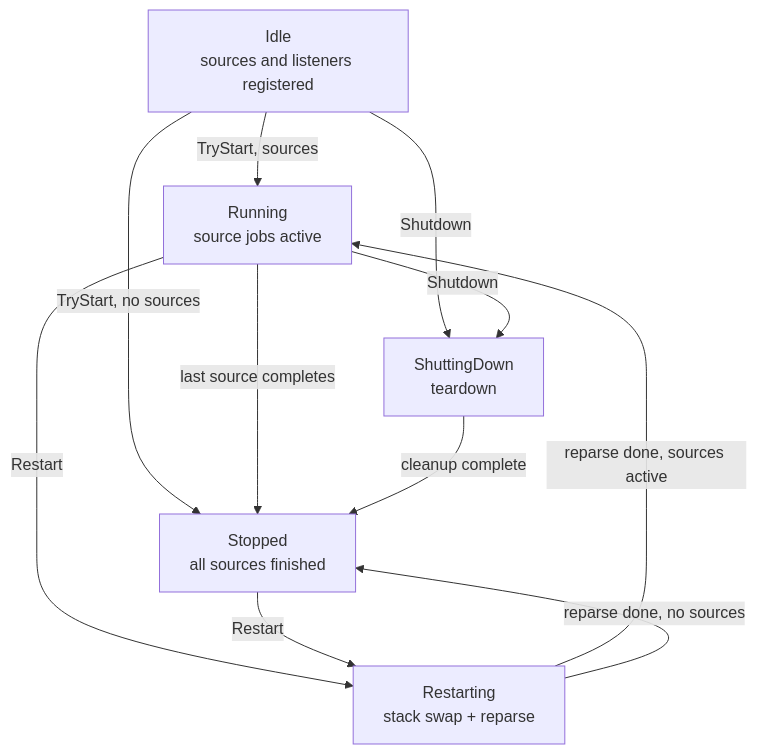
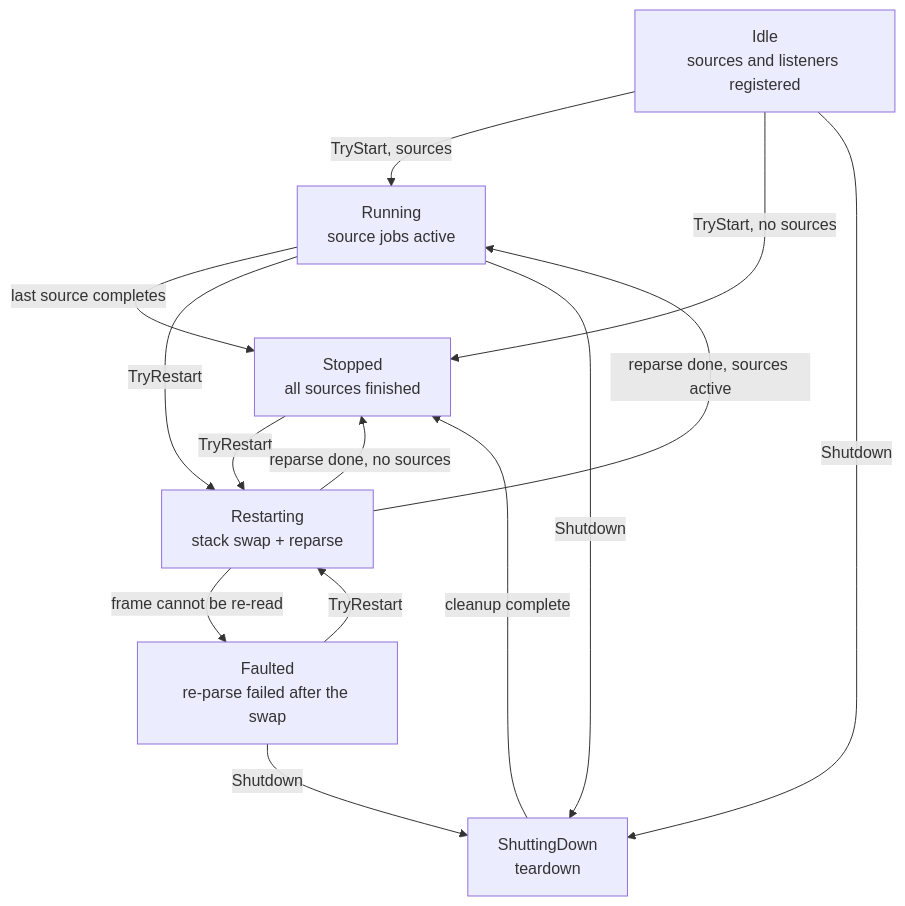
The diagram in NetworkInspector.Sessions/README.md (DevAM-Tools/NetworkInspector), drawn with Mermaid before and after one commit. The commit also changed other lines of this file and 84 other files, not shown here.

````diff
--- a/NetworkInspector.Sessions/README.md
+++ b/NetworkInspector.Sessions/README.md
@@ -119,18 +123,22 @@
 ```mermaid
 graph TD
     Idle["Idle<br/>sources and listeners registered"]
     Running["Running<br/>source jobs active"]
     Restarting["Restarting<br/>stack swap + reparse"]
+    Faulted["Faulted<br/>re-parse failed after the swap"]
     Stopped["Stopped<br/>all sources finished"]
     ShuttingDown["ShuttingDown<br/>teardown"]
     Idle -->|"TryStart, sources"| Running
     Idle -->|"TryStart, no sources"| Stopped
     Running -->|"last source completes"| Stopped
-    Running -->|"Restart"| Restarting
-    Stopped -->|"Restart"| Restarting
+    Running -->|"TryRestart"| Restarting
+    Stopped -->|"TryRestart"| Restarting
     Restarting -->|"reparse done, sources active"| Running
     Restarting -->|"reparse done, no sources"| Stopped
+    Restarting -->|"frame cannot be re-read"| Faulted
+    Faulted -->|"TryRestart"| Restarting
+    Faulted -->|"Shutdown"| ShuttingDown
     Idle -->|"Shutdown"| ShuttingDown
     Running -->|"Shutdown"| ShuttingDown
     ShuttingDown -->|"cleanup complete"| Stopped
 ```
````
